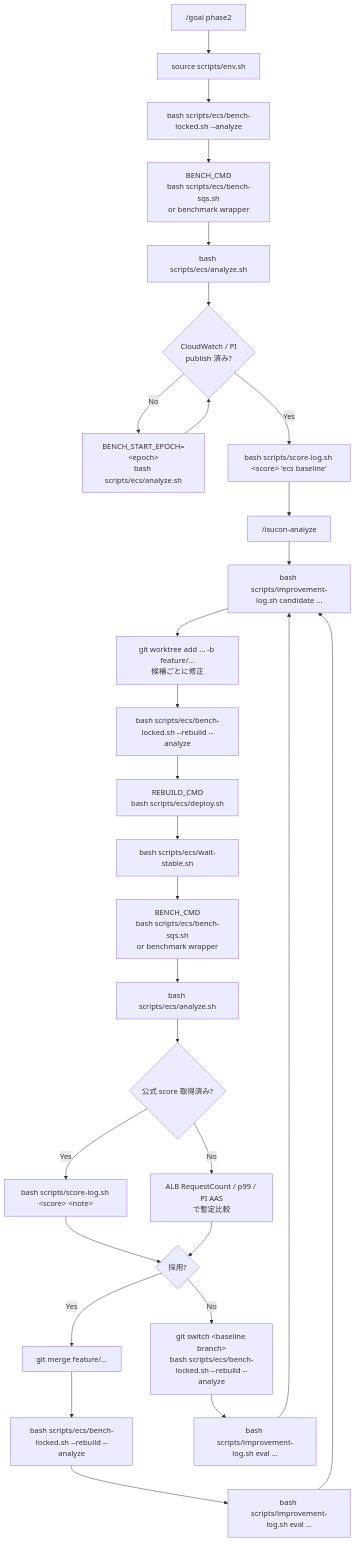
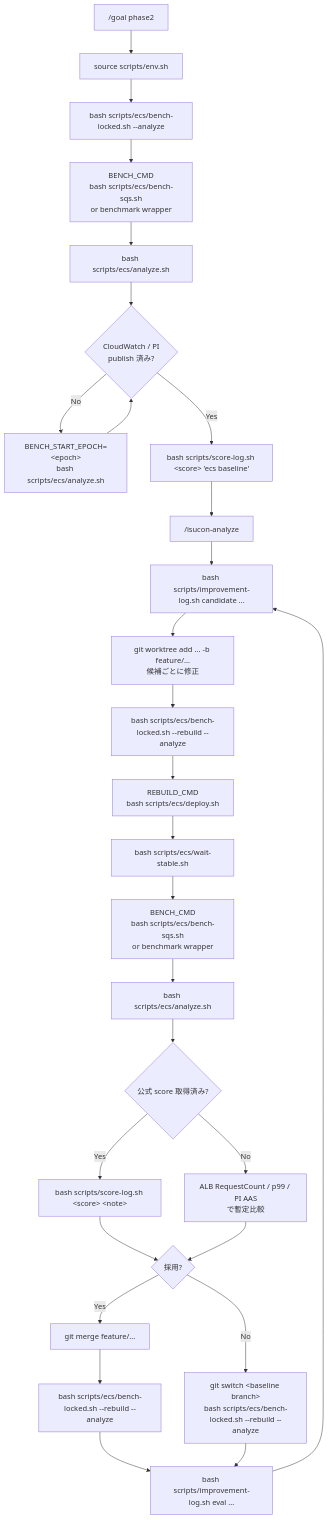
The diagram in README.md (TomonariH/isucon), drawn with Mermaid before and after one commit.

Commit message:
Merge ECS phase2 eval node

````diff
--- a/README.md
+++ b/README.md
@@ -283,31 +283,30 @@
 ```mermaid
 flowchart TD
   A["/goal phase2"] --> B["source scripts/env.sh"]
   B --> C["bash scripts/ecs/bench-locked.sh --analyze"]
   C --> D["BENCH_CMD<br/>bash scripts/ecs/bench-sqs.sh<br/>or benchmark wrapper"]
   D --> E["bash scripts/ecs/analyze.sh"]
   E --> F{"CloudWatch / PI<br/>publish 済み?"}
   F -- "No" --> G["BENCH_START_EPOCH=&lt;epoch&gt;<br/>bash scripts/ecs/analyze.sh"]
   G --> F
   F -- "Yes" --> H["bash scripts/score-log.sh &lt;score&gt; 'ecs baseline'"]
   H --> I["/isucon-analyze"]
   I --> J["bash scripts/improvement-log.sh candidate ..."]
   J --> K["git worktree add ... -b feature/...<br/>候補ごとに修正"]
   K --> L["bash scripts/ecs/bench-locked.sh --rebuild --analyze"]
   L --> M["REBUILD_CMD<br/>bash scripts/ecs/deploy.sh"]
   M --> N["bash scripts/ecs/wait-stable.sh"]
   N --> O["BENCH_CMD<br/>bash scripts/ecs/bench-sqs.sh<br/>or benchmark wrapper"]
   O --> P["bash scripts/ecs/analyze.sh"]
   P --> Q{"公式 score 取得済み?"}
   Q -- "Yes" --> R["bash scripts/score-log.sh &lt;score&gt; &lt;note&gt;"]
   Q -- "No" --> S["ALB RequestCount / p99 / PI AAS<br/>で暫定比較"]
   R --> T{"採用?"}
   S --> T
   T -- "Yes" --> U["git merge feature/..."]
   U --> V["bash scripts/ecs/bench-locked.sh --rebuild --analyze"]
-  V --> W["bash scripts/improvement-log.sh eval ..."]
   T -- "No" --> X["git switch &lt;baseline branch&gt;<br/>bash scripts/ecs/bench-locked.sh --rebuild --analyze"]
-  X --> Y["bash scripts/improvement-log.sh eval ..."]
-  W --> J
+  V --> Y["bash scripts/improvement-log.sh eval ..."]
+  X --> Y
   Y --> J
 ```
````
